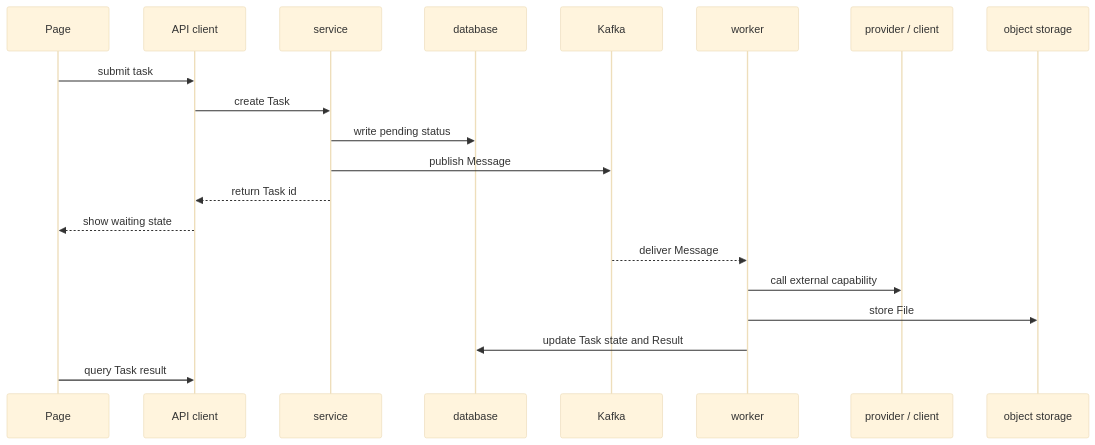
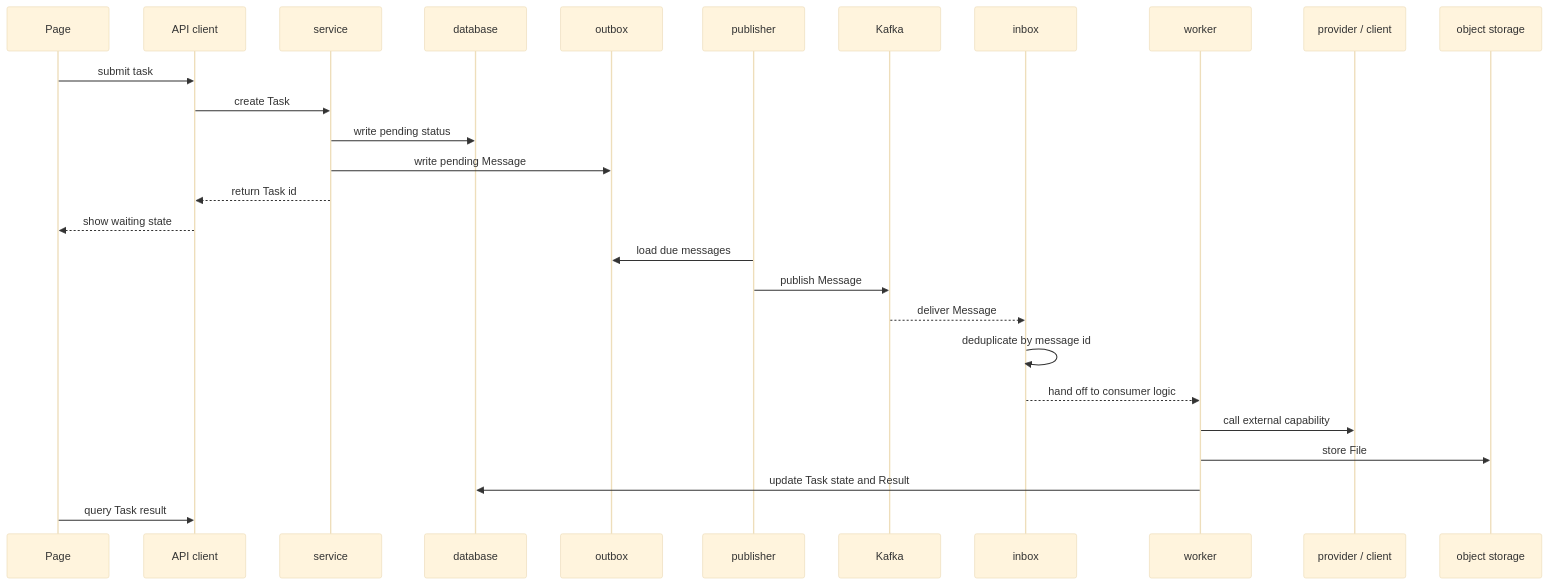
One commit to FengYing1314/ying-blog changed the second of 3 diagrams in src/content/en/posts/backend-frontend-architecture.md. Above: the diagram before and after it, drawn with Mermaid (base theme). The commit also changed other lines of this file and 2 other files, not shown here.

````diff
--- a/src/content/en/posts/backend-frontend-architecture.md
+++ b/src/content/en/posts/backend-frontend-architecture.md
@@ -89,23 +95,30 @@
 ```mermaid
 sequenceDiagram
   participant Page as Page
   participant API as API client
   participant Service as service
   participant Database as database
+  participant Outbox as outbox
+  participant Publisher as publisher
   participant Kafka as Kafka
+  participant Inbox as inbox
   participant Worker as worker
   participant Provider as provider / client
   participant Storage as object storage
 
   Page->>API: submit task
   API->>Service: create Task
   Service->>Database: write pending status
-  Service->>Kafka: publish Message
+  Service->>Outbox: write pending Message
   Service-->>API: return Task id
   API-->>Page: show waiting state
-  Kafka-->>Worker: deliver Message
+  Publisher->>Outbox: load due messages
+  Publisher->>Kafka: publish Message
+  Kafka-->>Inbox: deliver Message
+  Inbox->>Inbox: deduplicate by message id
+  Inbox-->>Worker: hand off to consumer logic
   Worker->>Provider: call external capability
   Worker->>Storage: store File
   Worker->>Database: update Task state and Result
   Page->>API: query Task result
 ```
````
